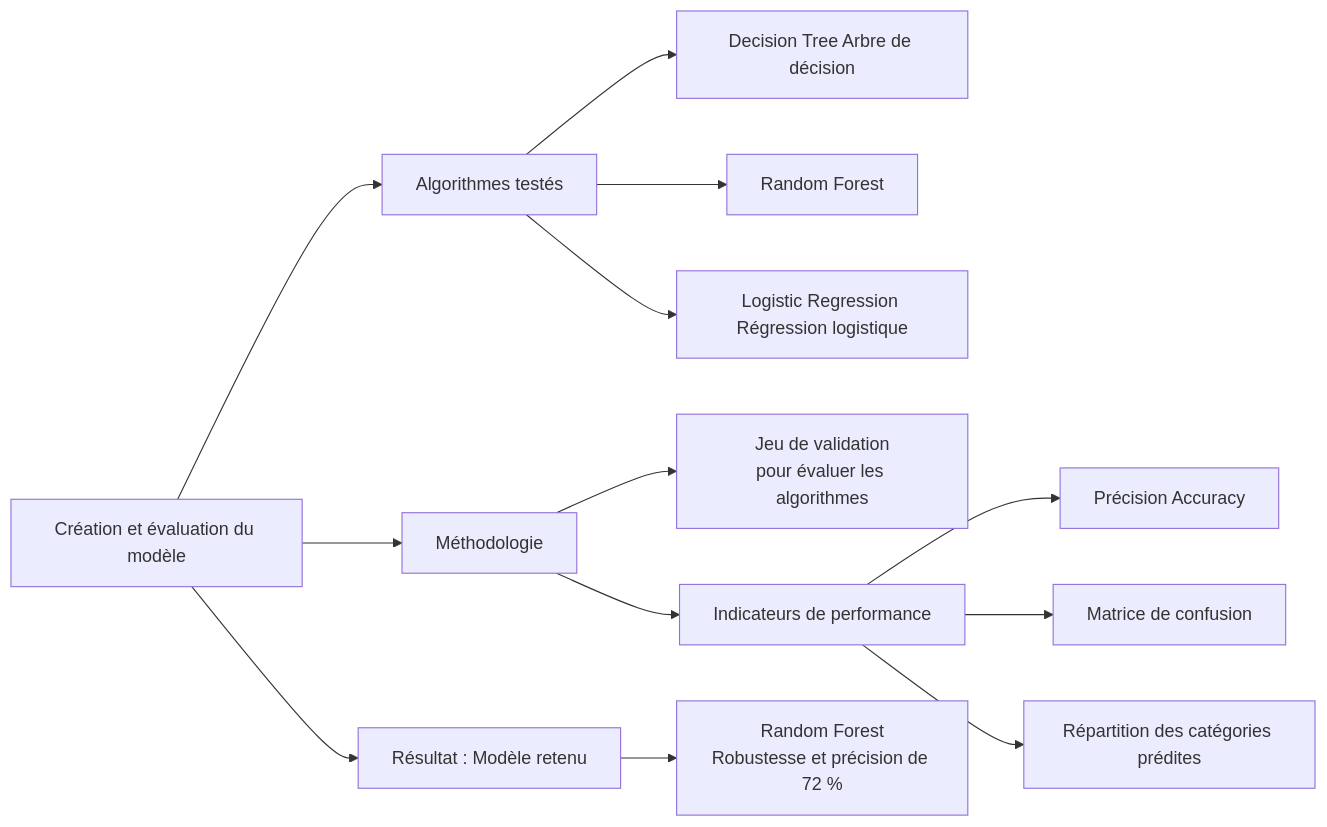
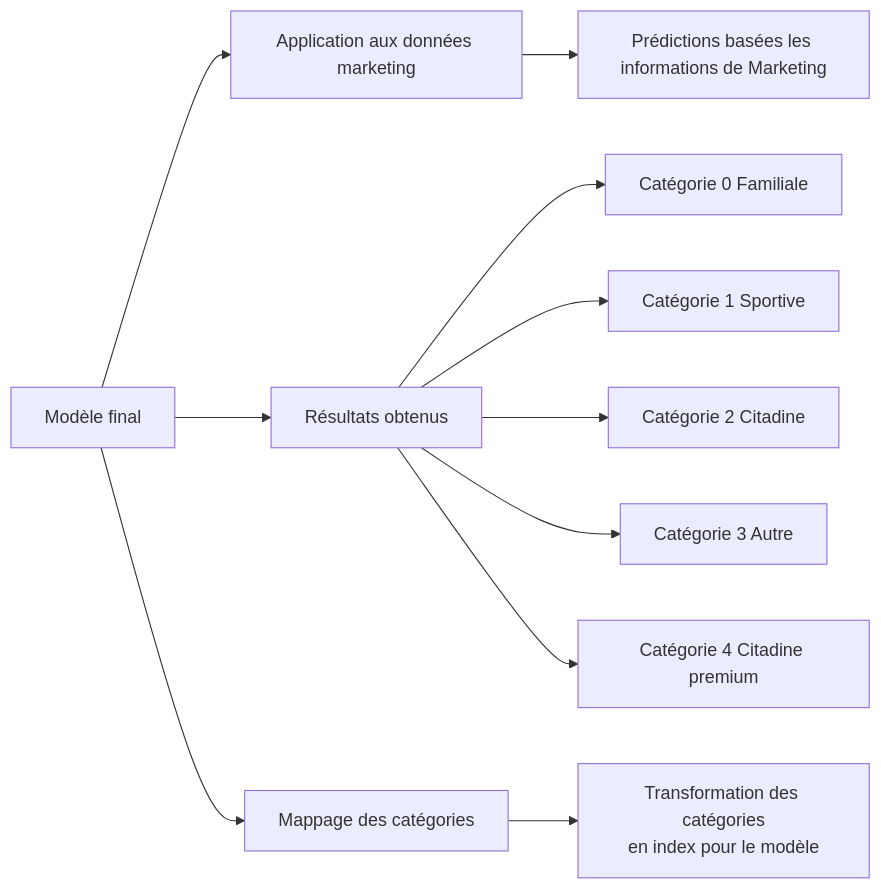
The diagram in mermaid.mmd (VincentChabran/docker-hadoop-tp), drawn with Mermaid before and after one commit. The commit also changed 13 other files, not shown here.

```diff
--- a/mermaid.mmd
+++ b/mermaid.mmd
@@ -1,20 +1,21 @@
 graph LR
-    A[Création et évaluation du modèle]
+    A[Modèle final]
 
-    %% Algorithmes testés
-    A --> B[Algorithmes testés]
-    B --> C[Decision Tree Arbre de décision<br>]
-    B --> D[Random Forest]
-    B --> E[Logistic Regression Régression logistique]
+    %% Application du modèle
+    A --> B[Application aux données marketing]
+    B --> C[Prédictions basées les informations de Marketing]
 
-    %% Méthodologie
-    A --> F[Méthodologie]
-    F --> G[Jeu de validation<br>pour évaluer les algorithmes]
-    F --> H[Indicateurs de performance]
-    H --> I[Précision Accuracy]
-    H --> J[Matrice de confusion]
-    H --> K[Répartition des catégories prédites]
+    %% Résultats obtenus
+    A --> D[Résultats obtenus]
+    D --> E[Catégorie 0 Familiale]
+    D --> F[Catégorie 1 Sportive]
+    D --> G[Catégorie 2 Citadine]
+    D --> I[Catégorie 3 Autre]
+    D --> H[Catégorie 4 Citadine premium]
 
-    %% Résultat principal
-    A --> L[Résultat : Modèle retenu]
-    L --> M[Random Forest<br>Robustesse et précision de 72 %]
+    %% Mappage des catégories
+    A --> J[Mappage des catégories]
+
+
+    %% Transformation des catégories
+    J --> P[Transformation des catégories<br>en index pour le modèle]
```
